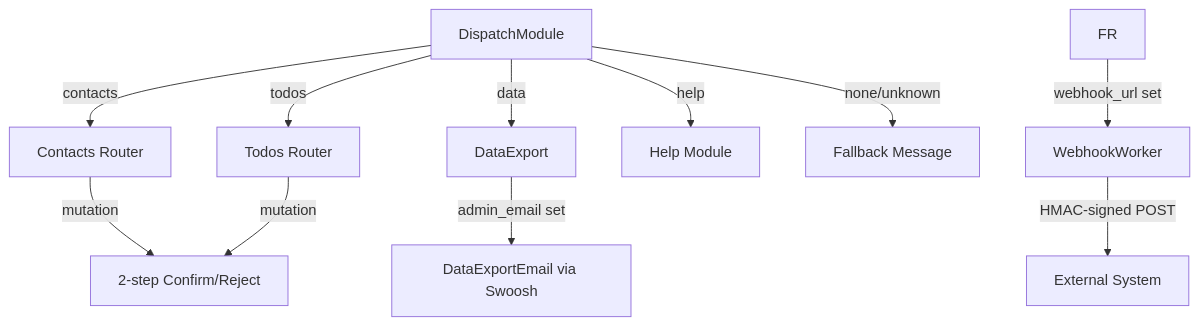
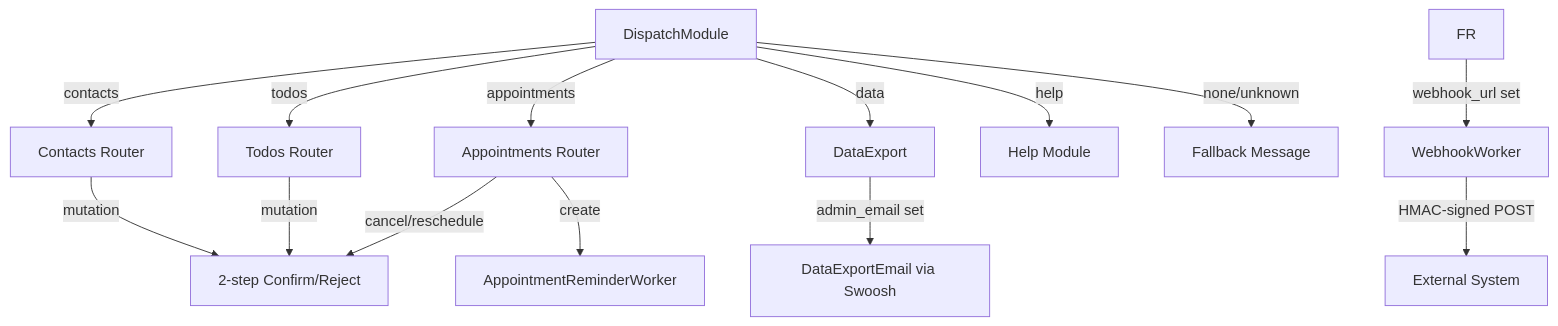
The third of 10 diagrams in README.md (ndrean/reactor-crm_ex), drawn with Mermaid before and after one commit. The commit also changed other lines of this file, not shown here.

````diff
--- a/README.md
+++ b/README.md
@@ -48,15 +48,18 @@
 ```mermaid
 graph TB
     DM[DispatchModule] -->|contacts| C[Contacts Router]
     DM -->|todos| TD[Todos Router]
+    DM -->|appointments| AP[Appointments Router]
     DM -->|data| DE[DataExport]
     DM -->|help| H[Help Module]
     DM -->|none/unknown| FB[Fallback Message]
 
     C -->|mutation| M[2-step Confirm/Reject]
     TD -->|mutation| M
+    AP -->|cancel/reschedule| M
+    AP -->|create| REM[AppointmentReminderWorker]
     DE -->|admin_email set| EM[DataExportEmail via Swoosh]
 
     FR -->|webhook_url set| WH[WebhookWorker]
     WH -->|HMAC-signed POST| EXT[External System]
 ```
````
